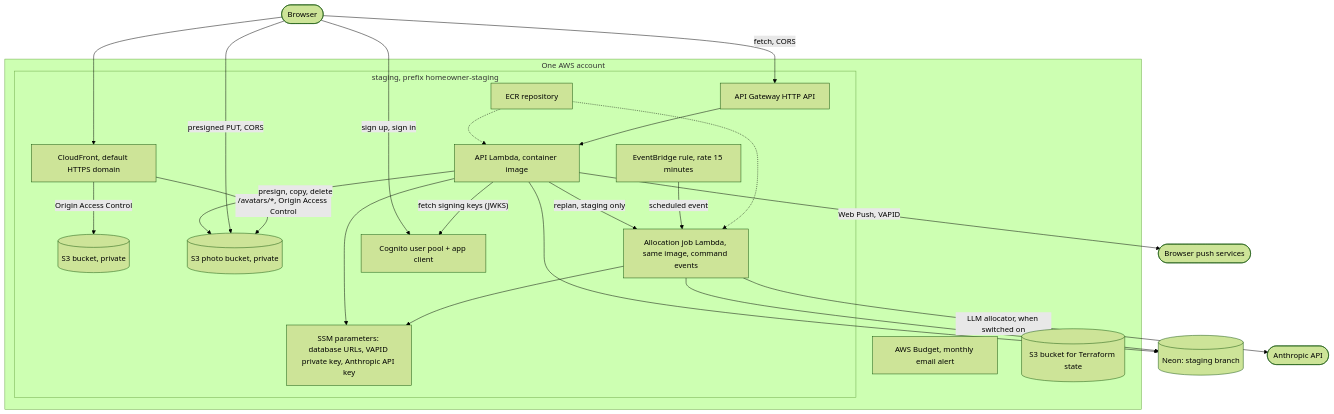
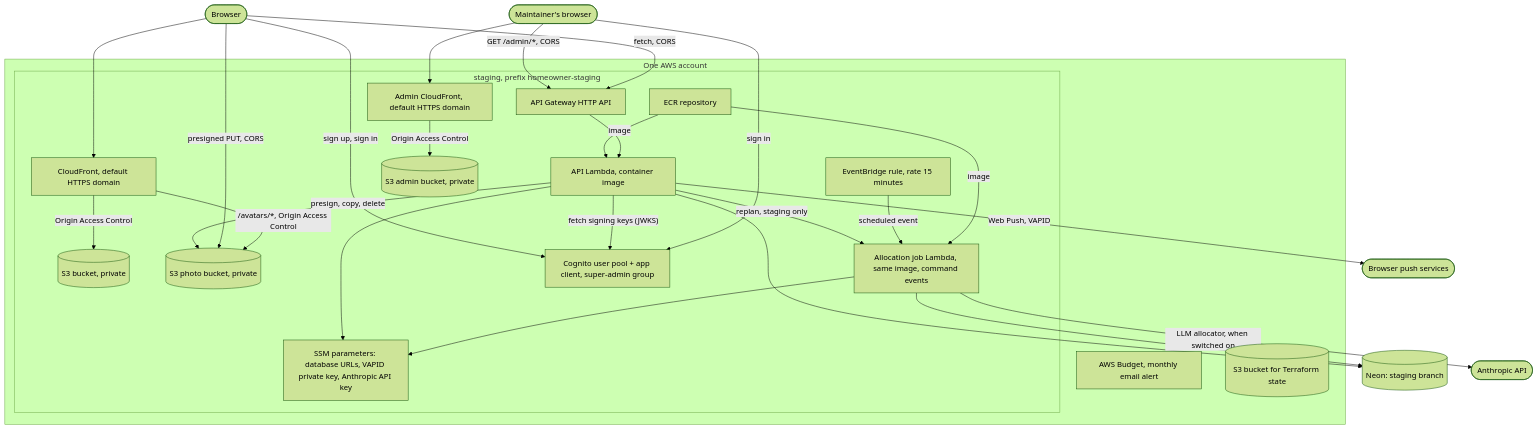
The second of 4 diagrams in docs/architecture/infrastructure.md (AbnerWillclefy/Homeowner), drawn with Mermaid (forest theme) before and after one commit. The commit also changed other lines of this file, not shown here.

Commit message:
docs(architecture): add the admin distribution, group and deploy job to infrastructure

````diff
--- a/docs/architecture/infrastructure.md
+++ b/docs/architecture/infrastructure.md
@@ -43,40 +43,46 @@
 ```mermaid
 flowchart TB
     user(["Browser"])
     subgraph aws["One AWS account"]
       subgraph stg["staging, prefix homeowner-staging"]
         cf["CloudFront, default HTTPS domain"]
         s3[("S3 bucket, private")]
         photos[("S3 photo bucket, private")]
         apigw["API Gateway HTTP API"]
         fn["API Lambda, container image"]
         ecr["ECR repository"]
         ssm["SSM parameters: database URLs, VAPID private key, Anthropic API key"]
         eb["EventBridge rule, rate 15 minutes"]
         alloc["Allocation job Lambda, same image, command events"]
-        cog["Cognito user pool + app client"]
+        cog["Cognito user pool + app client, super-admin group"]
+        acf["Admin CloudFront, default HTTPS domain"]
+        as3[("S3 admin bucket, private")]
       end
       bud["AWS Budget, monthly email alert"]
       tf[("S3 bucket for Terraform state")]
     end
     neon[("Neon: staging branch")]
     user --> cf
     cf -- "Origin Access Control" --> s3
     cf -- "/avatars/*, Origin Access Control" --> photos
     user -- "presigned PUT, CORS" --> photos
     fn -- "presign, copy, delete" --> photos
     user -- "fetch, CORS" --> apigw
     apigw --> fn
-    ecr -.-> fn
-    ecr -.-> alloc
+    ecr -- "image" --> fn
+    ecr -- "image" --> alloc
+    admin(["Maintainer's browser"]) --> acf
+    acf -- "Origin Access Control" --> as3
+    admin -- "GET /admin/*, CORS" --> apigw
+    admin -- "sign in" --> cog
     eb -- "scheduled event" --> alloc
     alloc --> ssm
     alloc --> neon
     alloc -- "LLM allocator, when switched on" --> anthropic(["Anthropic API"])
     fn -- "replan, staging only" --> alloc
     fn --> ssm
     fn --> neon
     fn -- "Web Push, VAPID" --> push(["Browser push services"])
     fn -- "fetch signing keys (JWKS)" --> cog
     user -- "sign up, sign in" --> cog
 ```
````
